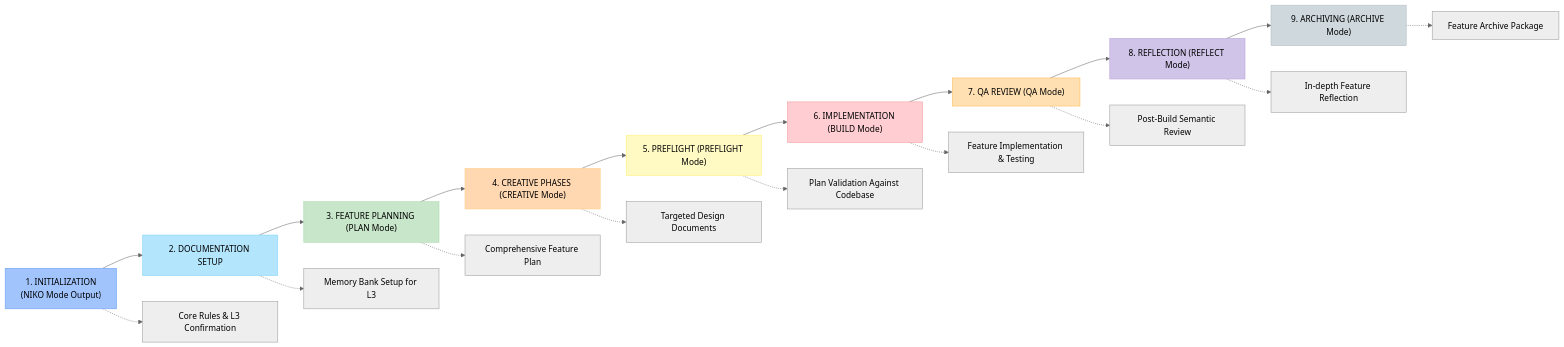
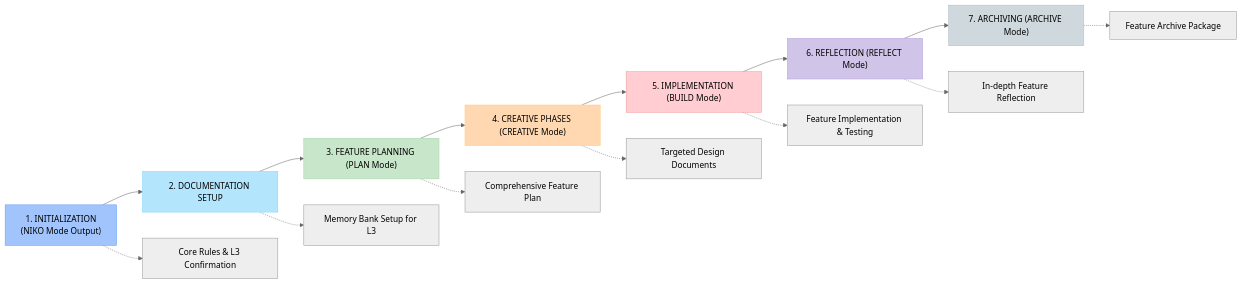
Before and after one commit to Texarkanine/.cursor-rules: the first of 8 diagrams in rulesets/niko/niko/Level3/workflow-level3.mdc, drawn with Mermaid (neutral theme). The commit also changed other lines of this file and 30 other files, not shown here.

`````diff
--- a/rulesets/niko/niko/Level3/workflow-level3.mdc
+++ b/rulesets/niko/niko/Level3/workflow-level3.mdc
@@ -15,33 +15,27 @@
 ```mermaid
 graph LR
     Init["1. INITIALIZATION<br>(NIKO Mode Output)"] -->
     DocSetup["2. DOCUMENTATION SETUP"] -->
     Plan["3. FEATURE PLANNING (PLAN Mode)"] -->
     Creative["4. CREATIVE PHASES (CREATIVE Mode)"] -->
-    Preflight["5. PREFLIGHT (PREFLIGHT Mode)"] -->
-    Impl["6. IMPLEMENTATION (BUILD Mode)"] -->
-    QA["7. QA REVIEW (QA Mode)"] -->
-    Reflect["8. REFLECTION (REFLECT Mode)"] -->
-    Archive["9. ARCHIVING (ARCHIVE Mode)"]
+    Impl["5. IMPLEMENTATION (BUILD Mode)"] -->
+    Reflect["6. REFLECTION (REFLECT Mode)"] -->
+    Archive["7. ARCHIVING (ARCHIVE Mode)"]
 
     %% Document connections for each phase (conceptual links to mode guidance)
     Init -.-> InitDocs["Core Rules & L3 Confirmation"]
     DocSetup -.-> DocSetupDocs["Memory Bank Setup for L3"]
     Plan -.-> PlanDocs["Comprehensive Feature Plan"]
     Creative -.-> CreativeDocs["Targeted Design Documents"]
-    Preflight -.-> PreflightDocs["Plan Validation Against Codebase"]
     Impl -.-> ImplDocs["Feature Implementation & Testing"]
-    QA -.-> QADocs["Post-Build Semantic Review"]
     Reflect -.-> ReflectDocs["In-depth Feature Reflection"]
     Archive -.-> ArchiveDocs["Feature Archive Package"]
 
     style Init fill:#a1c4fd,stroke:#669df6
     style DocSetup fill:#b3e5fc,stroke:#81d4fa
     style Plan fill:#c8e6c9,stroke:#a5d6a7
     style Creative fill:#ffd8b2,stroke:#ffcc80
-    style Preflight fill:#fff9c4,stroke:#fff176
     style Impl fill:#ffcdd2,stroke:#ef9a9a
-    style QA fill:#ffe0b2,stroke:#ffb74d
     style Reflect fill:#d1c4e9,stroke:#b39ddb
     style Archive fill:#cfd8dc,stroke:#b0bec5
 ````
`````
